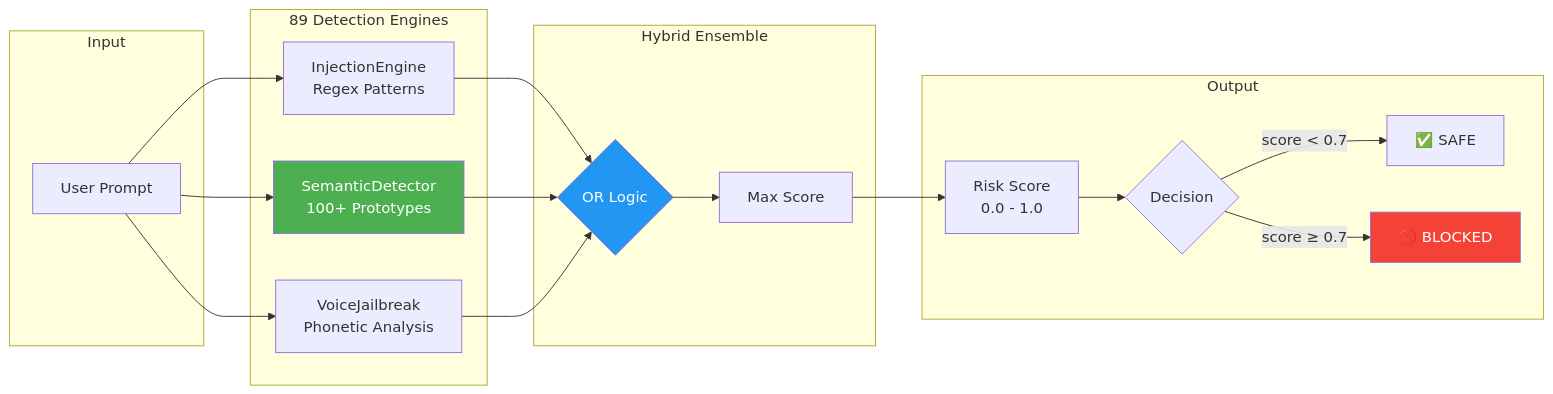
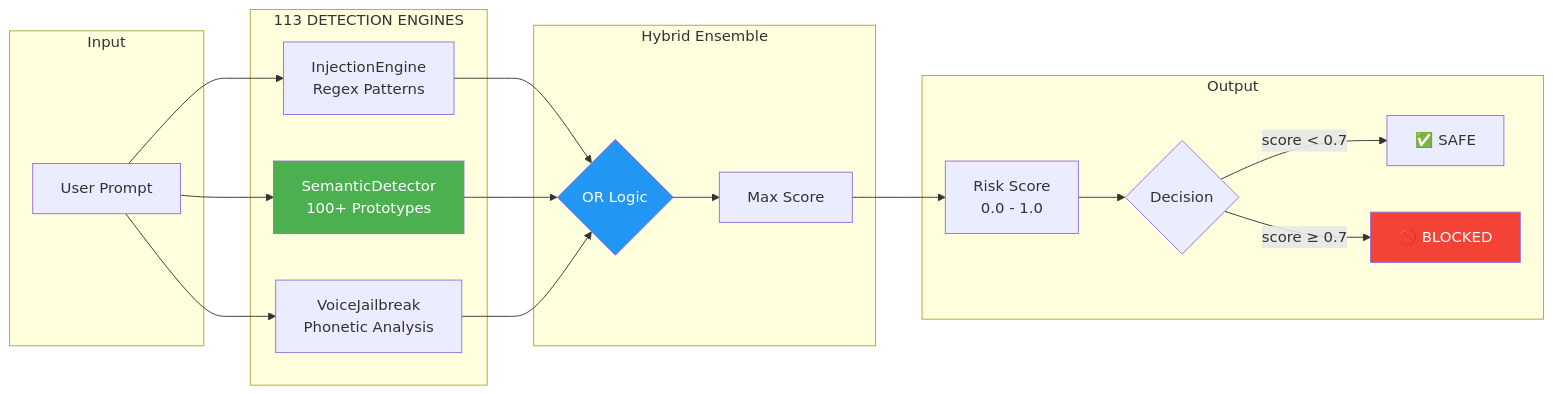
Before and after one commit to DmitrL-dev/AISecurity: the first of 2 diagrams in README.md, drawn with Mermaid. The commit also changed other lines of this file and 3 other files, not shown here.

````diff
--- a/README.md
+++ b/README.md
@@ -212,36 +212,36 @@
 ```mermaid
 flowchart LR
     subgraph Input
         A[User Prompt]
     end
     
-    subgraph Detection["89 Detection Engines"]
+    subgraph Detection["113 DETECTION ENGINES"]
         B[InjectionEngine<br/>Regex Patterns]
         C[SemanticDetector<br/>100+ Prototypes]
         D[VoiceJailbreak<br/>Phonetic Analysis]
     end
     
     subgraph Ensemble["Hybrid Ensemble"]
         E{OR Logic}
         F[Max Score]
     end
     
     subgraph Output
         G[Risk Score<br/>0.0 - 1.0]
         H{Decision}
         I[✅ SAFE]
         J[🚫 BLOCKED]
     end
     
     A --> B & C & D
     B --> E
     C --> E
     D --> E
     E --> F --> G --> H
     H -->|score < 0.7| I
     H -->|score ≥ 0.7| J
     
     style C fill:#4CAF50,color:#fff
     style E fill:#2196F3,color:#fff
     style J fill:#f44336,color:#fff
 ```
````
